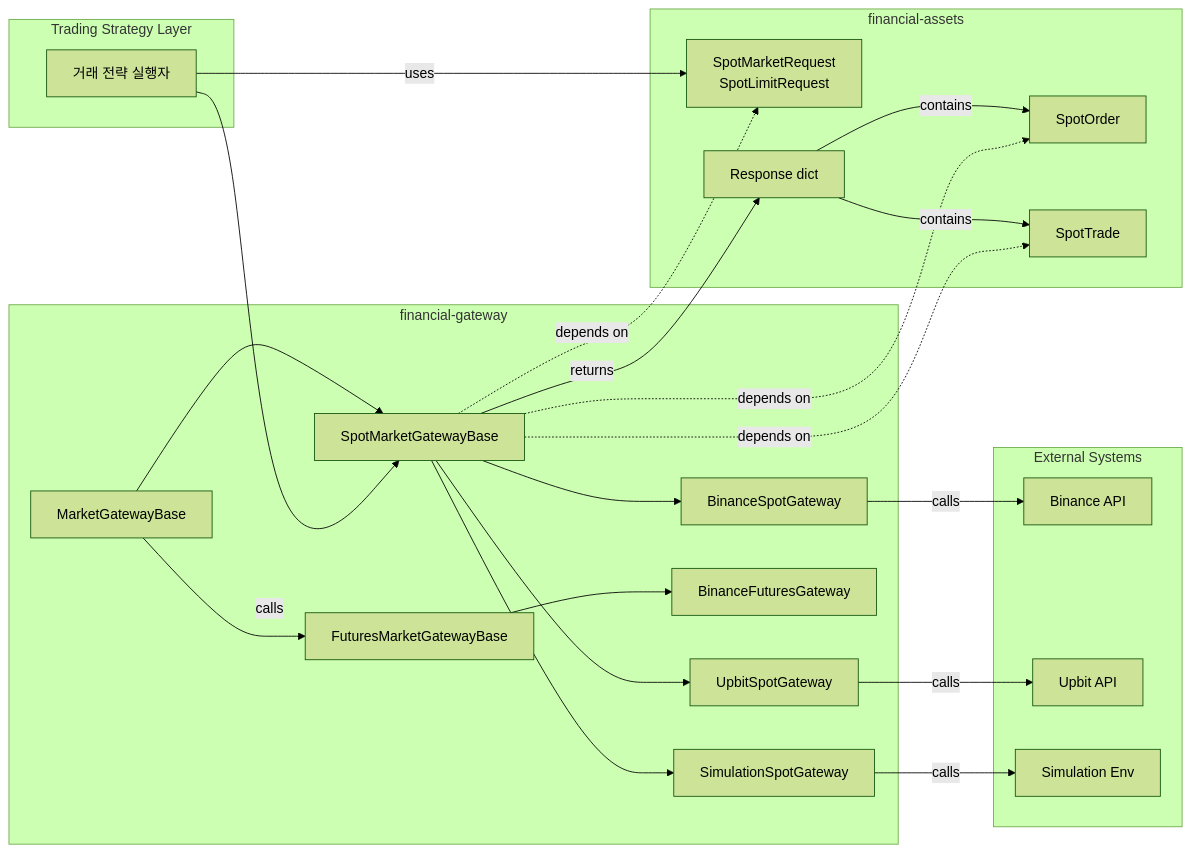
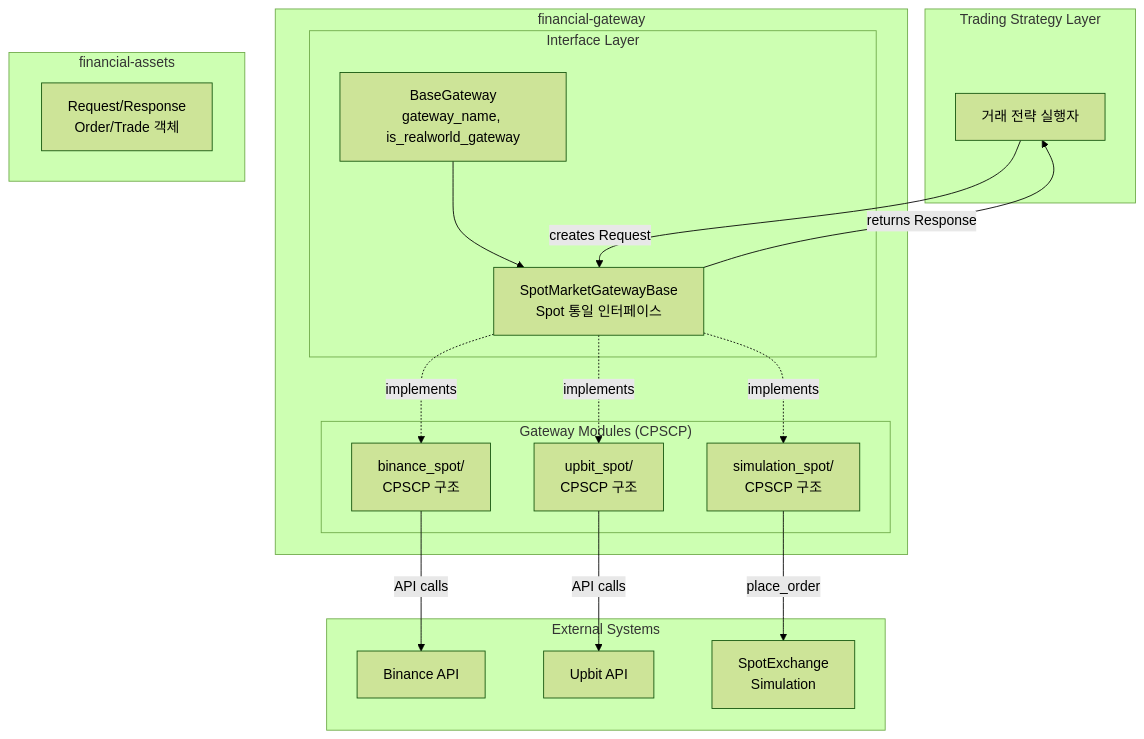
Before and after one commit to gatesplan/python-toolbox: the first of 2 diagrams in packages/financial-gateway/Architecture.md, drawn with Mermaid (forest theme). The commit also changed other lines of this file and 31 other files, not shown here.

First line of the commit message:
refactor(financial-gateway): CPSCP 패턴 기반 아키텍처 전면 재설계

````diff
--- a/packages/financial-gateway/Architecture.md
+++ b/packages/financial-gateway/Architecture.md
@@ -17,52 +179,41 @@
 ```mermaid
-graph LR
+graph TB
     subgraph "Trading Strategy Layer"
         Strategy[거래 전략 실행자]
     end
 
     subgraph "financial-gateway"
-        MGW[MarketGatewayBase]
+        subgraph "Interface Layer"
+            BGW[BaseGateway<br/>gateway_name, is_realworld_gateway]
+            SMGW[SpotMarketGatewayBase<br/>Spot 통일 인터페이스]
+            BGW --> SMGW
+        end
 
-        SMGW[SpotMarketGatewayBase]
-        BinanceSpot[BinanceSpotGateway]
-        UpbitSpot[UpbitSpotGateway]
-        SimSpot[SimulationSpotGateway]
+        subgraph "Gateway Modules (CPSCP)"
+            BinanceModule[binance_spot/<br/>CPSCP 구조]
+            UpbitModule[upbit_spot/<br/>CPSCP 구조]
+            SimModule[simulation_spot/<br/>CPSCP 구조]
+        end
 
-        FMGW[FuturesMarketGatewayBase]
-        BinanceFutures[BinanceFuturesGateway]
-
-        MGW --> SMGW
-        MGW --> FMGW
-        SMGW --> BinanceSpot
-        SMGW --> UpbitSpot
-        SMGW --> SimSpot
-        FMGW --> BinanceFutures
+        SMGW -.->|implements| BinanceModule
+        SMGW -.->|implements| UpbitModule
+        SMGW -.->|implements| SimModule
     end
 
     subgraph "financial-assets"
-        Request[SpotMarketRequest<br/>SpotLimitRequest]
-        Order[SpotOrder]
-        Trade[SpotTrade]
-        Response[Response dict]
+        Request[Request/Response<br/>Order/Trade 객체]
     end
 
     subgraph "External Systems"
         BinanceAPI[Binance API]
         UpbitAPI[Upbit API]
-        Simulation[Simulation Env]
+        SpotExchange[SpotExchange<br/>Simulation]
     end
 
-    Strategy -->|uses| Request
-    Strategy -->|calls| SMGW
-    SMGW -->|returns| Response
-    Response -->|contains| Trade
-    Response -->|contains| Order
+    Strategy -->|creates Request| SMGW
+    SMGW -->|returns Response| Strategy
 
-    BinanceSpot -->|calls| BinanceAPI
-    UpbitSpot -->|calls| UpbitAPI
-    SimSpot -->|calls| Simulation
-
-    SMGW -.->|depends on| Request
-    SMGW -.->|depends on| Order
-    SMGW -.->|depends on| Trade
+    BinanceModule -->|API calls| BinanceAPI
+    UpbitModule -->|API calls| UpbitAPI
+    SimModule -->|place_order| SpotExchange
 ```
````
